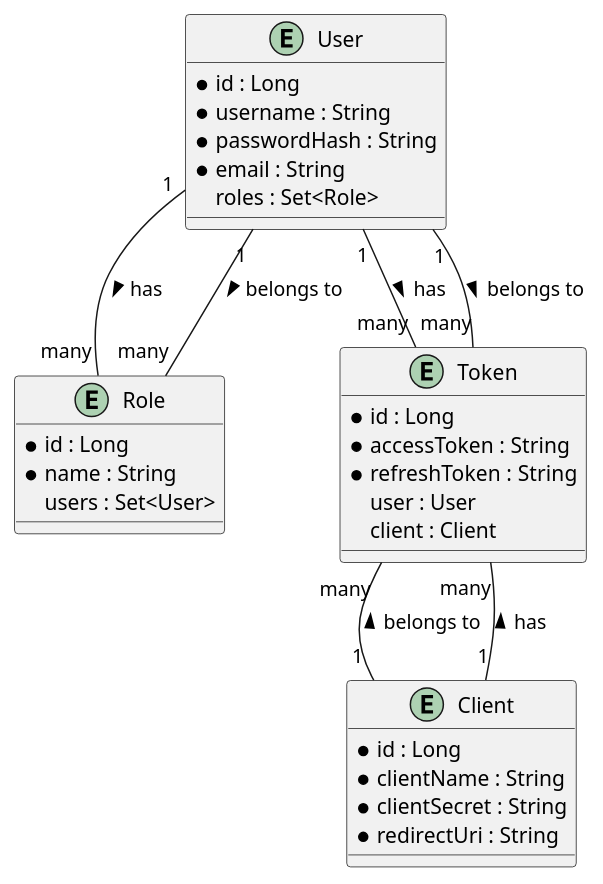
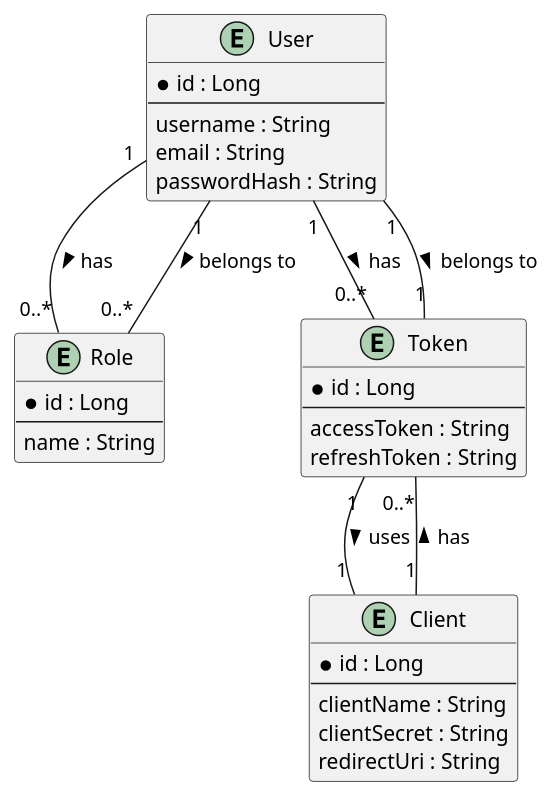
One commit to Dinesh-s95/AutoDoc.ai changed the sixth of 6 diagrams in identityprovider/documentation/detaileddesign.adoc. Above: the diagram before and after it, drawn with PlantUML. The commit also changed other lines of this file and 11 other files, not shown here.

````diff
--- a/identityprovider/documentation/detaileddesign.adoc
+++ b/identityprovider/documentation/detaileddesign.adoc
@@ -420,40 +360,39 @@
-[plantuml, entity-relationship-diagram, png]
-----
+```plantuml
 @startuml
 entity User {
-    * id : Long
-    * username : String
-    * passwordHash : String
-    * email : String
-    roles : Set<Role>
+  * id : Long
+  ---
+  username : String
+  email : String
+  passwordHash : String
 }
 
 entity Role {
-    * id : Long
-    * name : String
-    users : Set<User>
+  * id : Long
+  ---
+  name : String
 }
 
 entity Client {
-    * id : Long
-    * clientName : String
-    * clientSecret : String
-    * redirectUri : String
+  * id : Long
+  ---
+  clientName : String
+  clientSecret : String
+  redirectUri : String
 }
 
 entity Token {
-    * id : Long
-    * accessToken : String
-    * refreshToken : String
-    user : User
-    client : Client
+  * id : Long
+  ---
+  accessToken : String
+  refreshToken : String
 }
 
-User "1" -- "many" Role : has >
-Role "many" -- "1" User : belongs to <
-User "1" -- "many" Token : has >
-Token "many" -- "1" User : belongs to <
-Client "1" -- "many" Token : has >
-Token "many" -- "1" Client : belongs to <
+User "1" -- "0..*" Role : has >
+Role "0..*" -- "1" User : belongs to <
+User "1" -- "0..*" Token : has >
+Token "1" -- "1" User : belongs to <
+Token "1" -- "1" Client : uses >
+Client "1" -- "0..*" Token : has >
 @enduml
-----
+```
````
